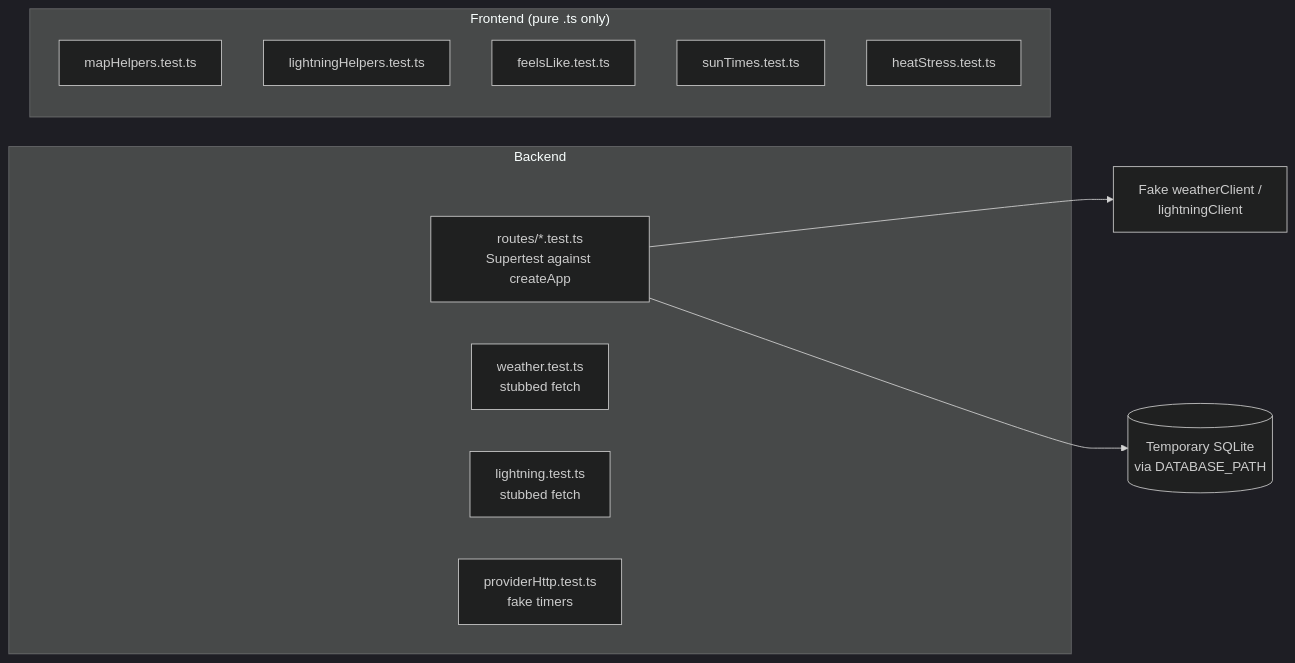
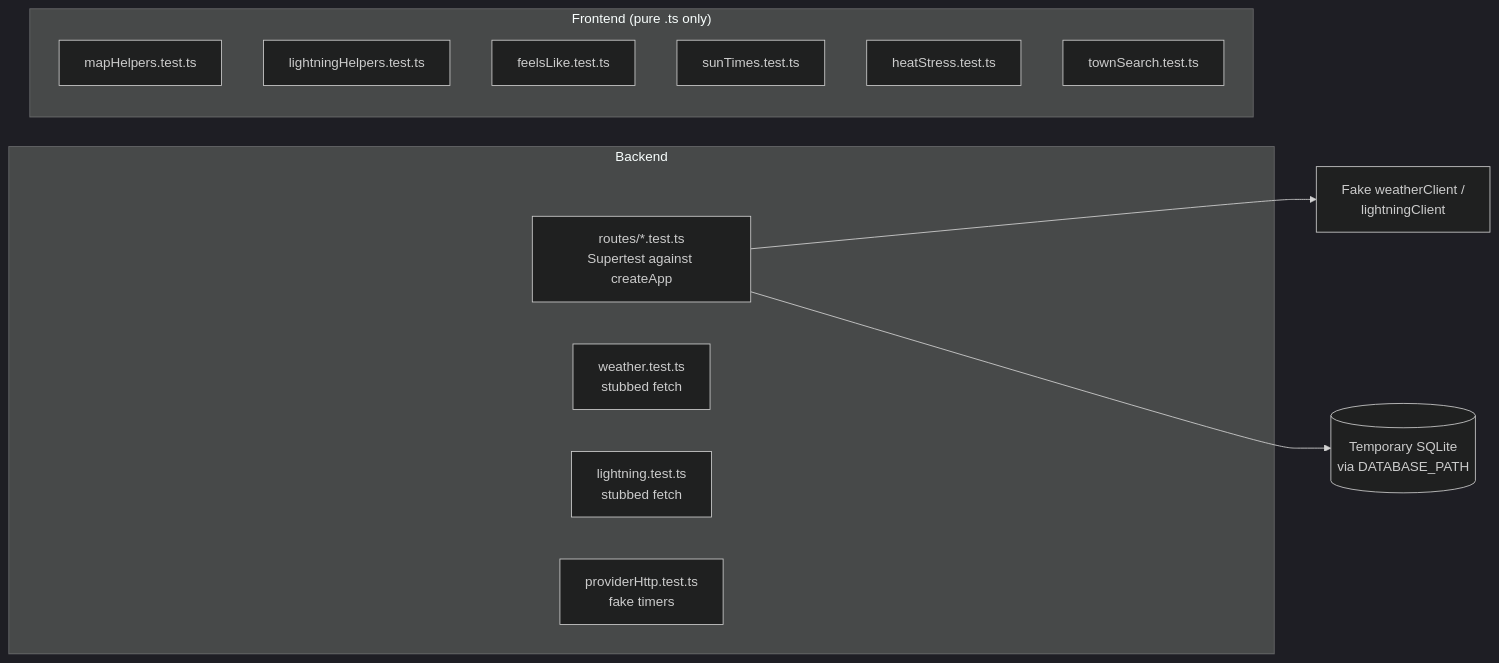
One commit to chuan77/AIxTech-SG-Weather changed the diagram in docs/src/content/docs/guides/testing.md. Above: the diagram before and after it, drawn with Mermaid (dark theme). The commit also changed other lines of this file and 27 other files, not shown here.

````diff
--- a/docs/src/content/docs/guides/testing.md
+++ b/docs/src/content/docs/guides/testing.md
@@ -28,18 +28,19 @@
 ```mermaid
 flowchart LR
   subgraph Backend
     RT["routes/*.test.ts<br/>Supertest against createApp"]
     WT["weather.test.ts<br/>stubbed fetch"]
     LT["lightning.test.ts<br/>stubbed fetch"]
     PT["providerHttp.test.ts<br/>fake timers"]
   end
   subgraph Frontend["Frontend (pure .ts only)"]
     MH["mapHelpers.test.ts"]
     LH["lightningHelpers.test.ts"]
     FL["feelsLike.test.ts"]
     ST["sunTimes.test.ts"]
     HS["heatStress.test.ts"]
+    TS["townSearch.test.ts"]
   end
   RT --> Fake["Fake weatherClient /<br/>lightningClient"]
   RT --> TmpDB[("Temporary SQLite<br/>via DATABASE_PATH")]
 ```
````
